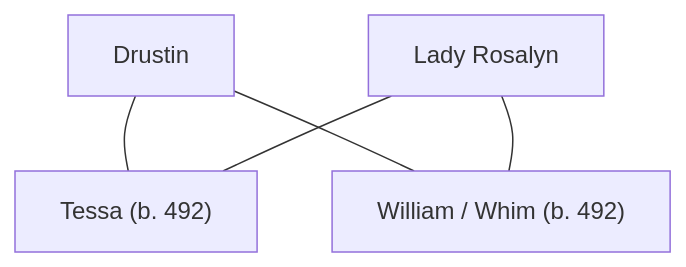
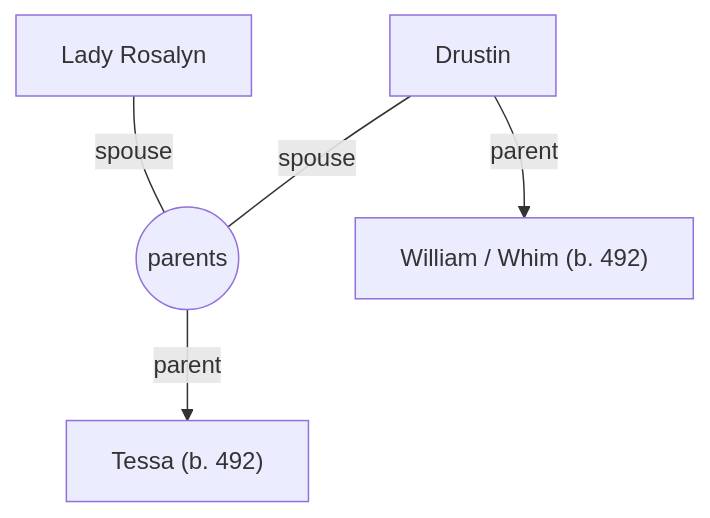
One commit to Illumibatchi/pendragon changed the diagram in content/02 - Characters/Tessa (child of Drustin).md. Above: the diagram before and after it, drawn with Mermaid. The commit also changed 41 other files, not shown here.

````diff
--- a/content/02 - Characters/Tessa (child of Drustin).md
+++ b/content/02 - Characters/Tessa (child of Drustin).md
@@ -17,12 +17,13 @@
 ```mermaid
 %% AUTO-LINEAGE: tessa_child_of_drustin
 flowchart TB
   p["Tessa (b. 492)"]
   f["Drustin"]
-  f --- p
   m["Lady Rosalyn"]
-  m --- p
+  u_parents(("parents"))
+  f ---|spouse| u_parents
+  m ---|spouse| u_parents
+  u_parents -->|parent| p
   s1["William / Whim (b. 492)"]
-  f --- s1
-  m --- s1
+  f -->|parent| s1
 ```
````
